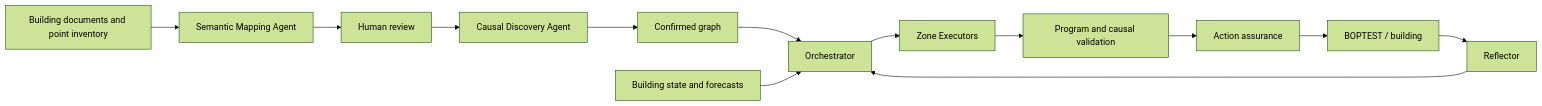
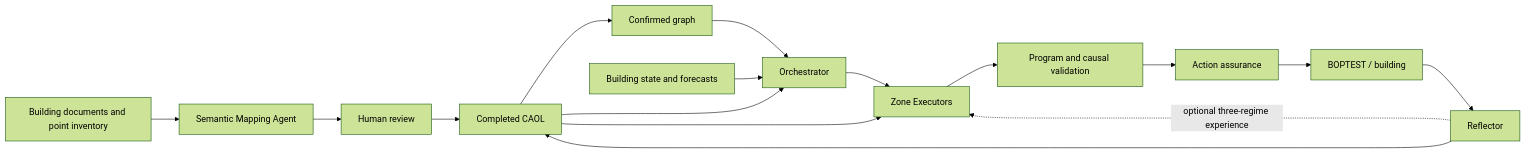
The diagram in README.md (ideas-lab-nus/H3C), drawn with Mermaid (forest theme) before and after one commit. The commit also changed other lines of this file and 24 other files, not shown here.

````diff
--- a/README.md
+++ b/README.md
@@ -10,15 +10,18 @@
 ```mermaid
 flowchart LR
     D[Building documents and point inventory] --> M[Semantic Mapping Agent]
     M --> H[Human review]
     H --> C[Causal Discovery Agent]
     C --> G[Confirmed graph]
     G --> O[Orchestrator]
     S[Building state and forecasts] --> O
     O --> E[Zone Executors]
     E --> V[Program and causal validation]
     V --> A[Action assurance]
     A --> B[BOPTEST / building]
     B --> R[Reflector]
-    R --> O
+    R --> C[Completed CAOL]
+    C --> O
+    C --> E
+    R -. optional three-regime experience .-> E
 ```
````
